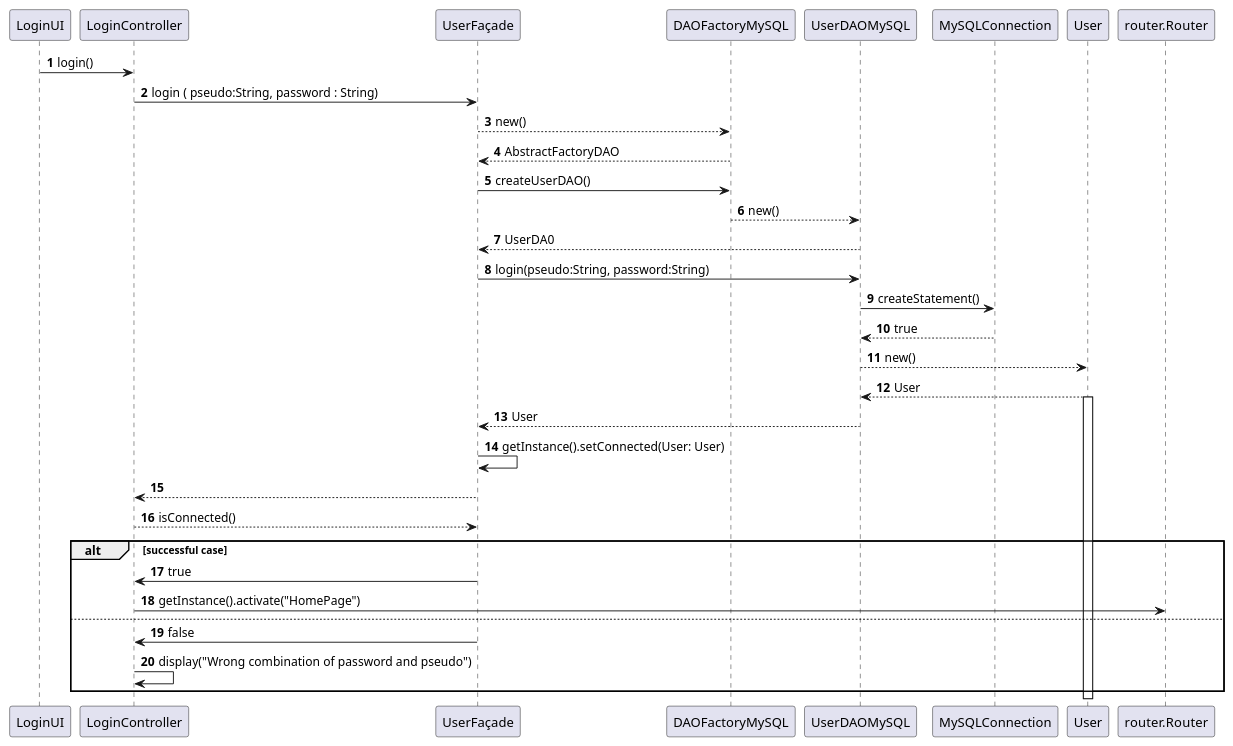
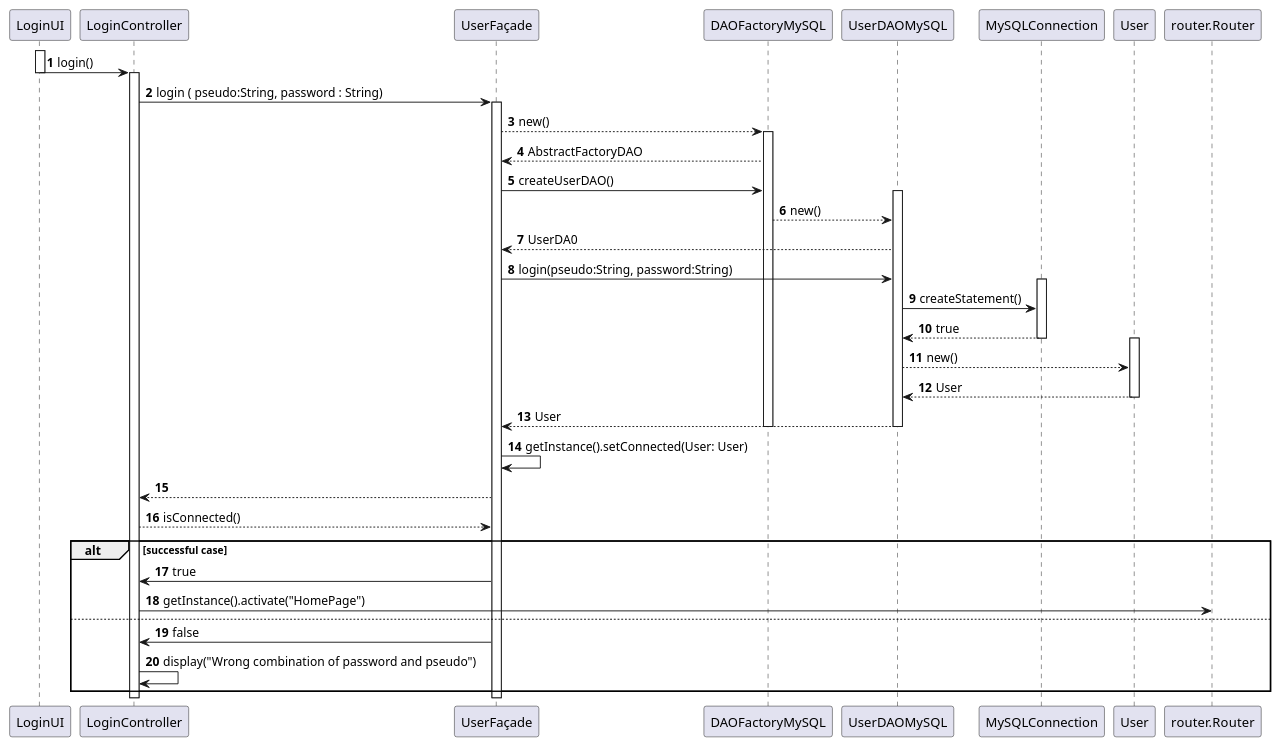
Before and after one commit to aymericCOUPRIE/Mercat: the diagram in Diagramms/LoginSequenceDiagram.puml, drawn with PlantUML. The commit also changed 2 other files, not shown here.

Commit message:
Modifications LoginSequenceDiagram

```diff
--- a/Diagramms/LoginSequenceDiagram.puml
+++ b/Diagramms/LoginSequenceDiagram.puml
@@ -1,29 +1,52 @@
 @startuml
 autonumber
+activate LoginUI
 LoginUI -> LoginController : login()
+deactivate LoginUI
+activate LoginController
 LoginController -> UserFaçade : login ( pseudo:String, password : String)
+
+activate UserFaçade
 UserFaçade --> DAOFactoryMySQL : new()
+activate DAOFactoryMySQL
 DAOFactoryMySQL --> UserFaçade : AbstractFactoryDAO
 UserFaçade ->DAOFactoryMySQL : createUserDAO()
+activate UserDAOMySQL
 DAOFactoryMySQL --> UserDAOMySQL : new()
 UserDAOMySQL -->UserFaçade : UserDA0
 UserFaçade -> UserDAOMySQL : login(pseudo:String, password:String)
+activate MySQLConnection
 UserDAOMySQL -> MySQLConnection : createStatement()
 MySQLConnection --> UserDAOMySQL : true
+deactivate MySQLConnection
+activate User
 UserDAOMySQL --> User : new()
 User --> UserDAOMySQL : User
-activate User
+
+deactivate User
+
+
 UserDAOMySQL --> UserFaçade : User
+
+deactivate UserDAOMySQL
+deactivate DAOFactoryMySQL
 UserFaçade->UserFaçade : getInstance().setConnected(User: User)
+
 UserFaçade --> LoginController
 LoginController --> UserFaçade : isConnected()
+
 alt successful case
     UserFaçade -> LoginController : true
     LoginController -> router.Router : getInstance().activate("HomePage")
+
+
 else
     UserFaçade -> LoginController : false
     LoginController -> LoginController : display("Wrong combination of password and pseudo")
-end
 
 
+end
+deactivate UserFaçade
+deactivate LoginController
+
 @enduml
```
